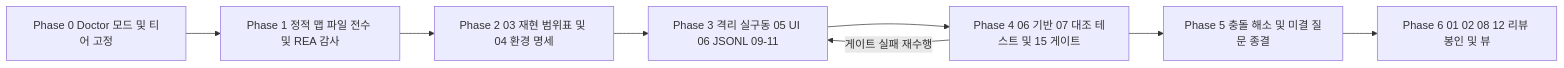
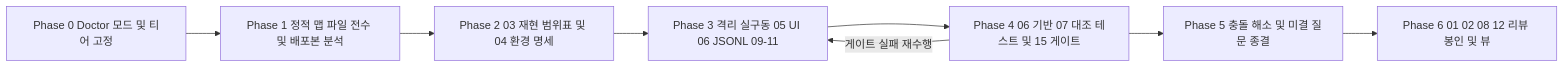
Before and after one commit to awesomejun/spec-anything: the second of 2 diagrams in README.ko.md, drawn with Mermaid. The commit also changed other lines of this file and 12 other files, not shown here.

````diff
--- a/README.ko.md
+++ b/README.ko.md
@@ -153,10 +153,10 @@
 ```mermaid
 flowchart LR
-    P0[Phase 0 Doctor 모드 및 티어 고정] --> P1[Phase 1 정적 맵 파일 전수 및 REA 감사]
+    P0[Phase 0 Doctor 모드 및 티어 고정] --> P1[Phase 1 정적 맵 파일 전수 및 배포본 분석]
     P1 --> P2[Phase 2 03 재현 범위표 및 04 환경 명세]
     P2 --> P3[Phase 3 격리 실구동 05 UI 06 JSONL 09-11]
     P3 --> P4[Phase 4 06 기반 07 대조 테스트 및 15 게이트]
     P4 -->|게이트 실패 재수행| P3
     P4 --> P5[Phase 5 충돌 해소 및 미결 질문 종결]
     P5 --> P6[Phase 6 01 02 08 12 리뷰 봉인 및 뷰]
 ```
````
